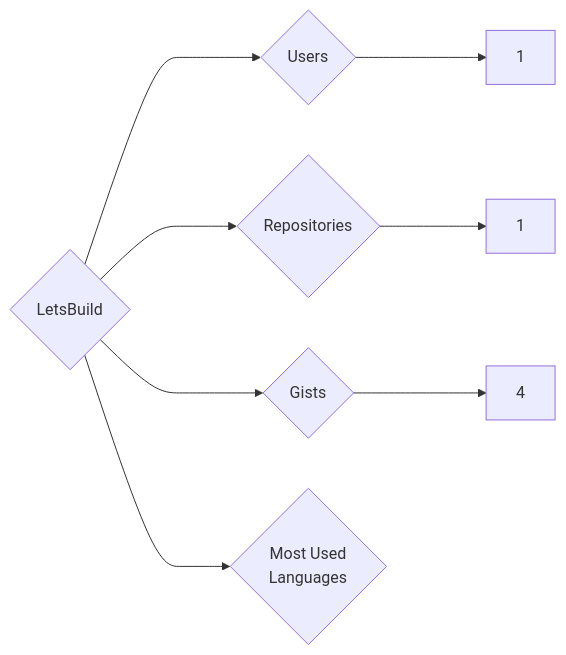
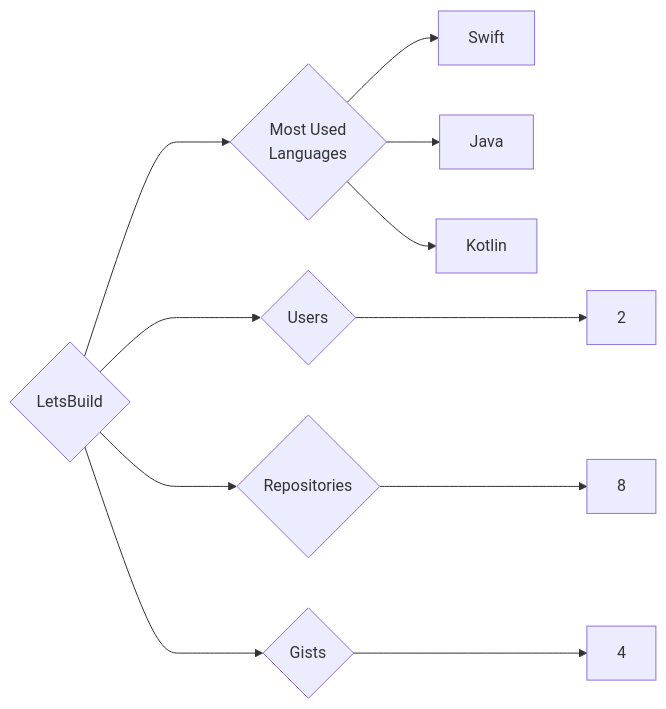
The diagram in targets/LetsBuild/README.md (trickest/insiders), drawn with Mermaid before and after one commit. The commit also changed 699 other files, not shown here.

````diff
--- a/targets/LetsBuild/README.md
+++ b/targets/LetsBuild/README.md
@@ -3,8 +3,11 @@
 ```mermaid
 graph LR
 COMPANY_NAME{LetsBuild}
-COMPANY_NAME ---> U{Users} ---> UN[1]
-COMPANY_NAME ---> R{Repositories} ---> RN[1]
+COMPANY_NAME ---> U{Users} ---> UN[2]
+COMPANY_NAME ---> R{Repositories} ---> RN[8]
 COMPANY_NAME ---> G{Gists} ---> GN[4]
 COMPANY_NAME ---> ML{Most Used<br>Languages}
+ML --> Swift[Swift]
+ML --> Java[Java]
+ML --> Kotlin[Kotlin]
 ```
````
